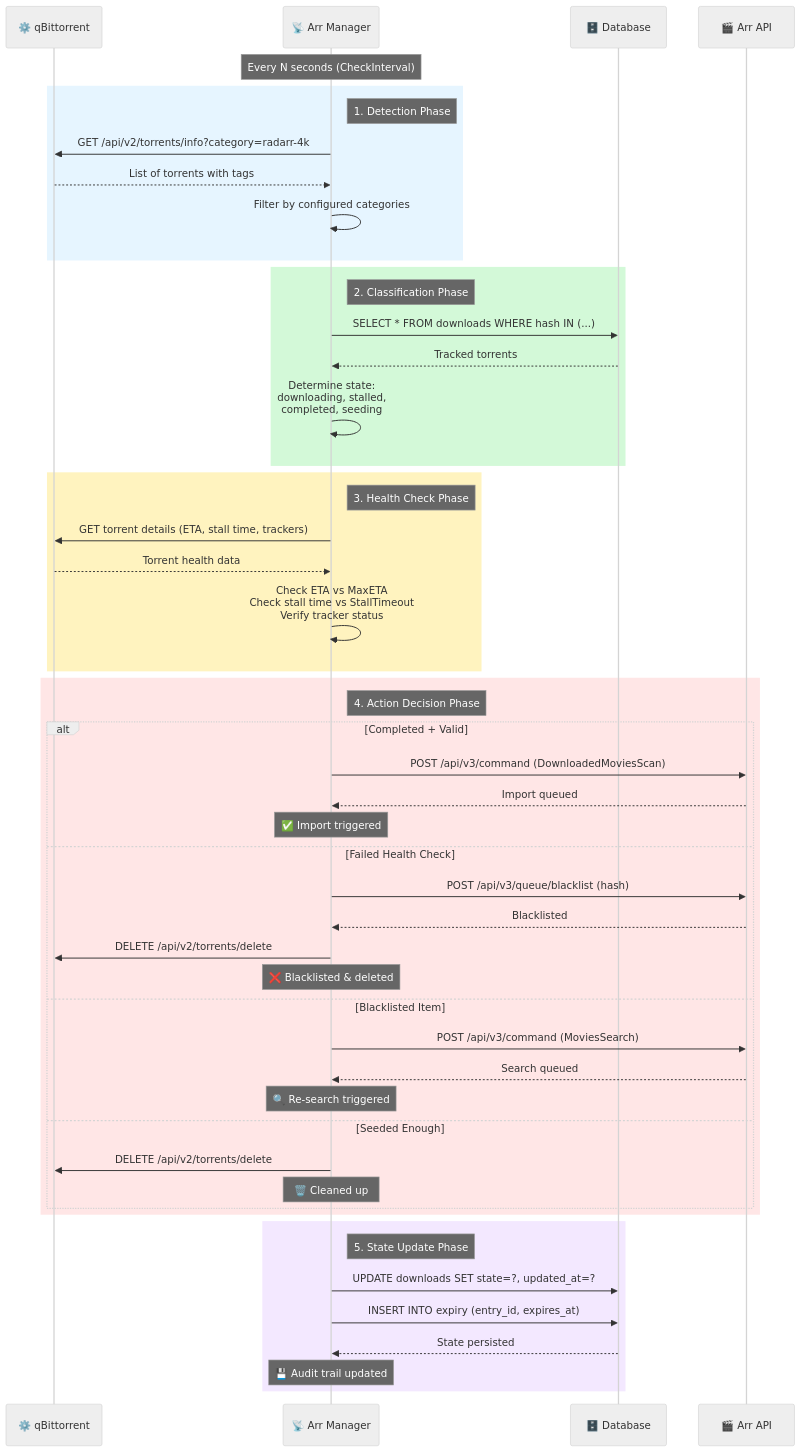
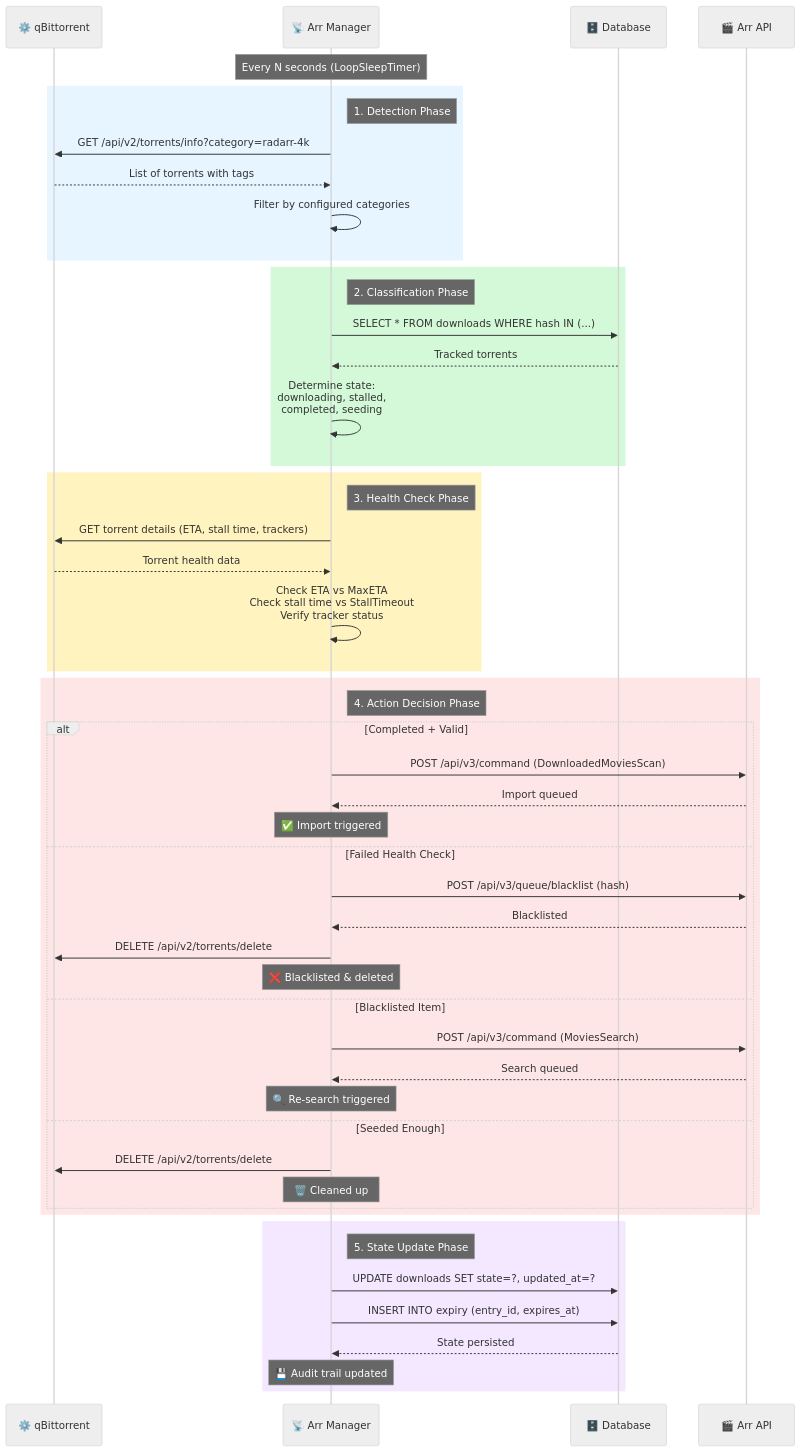
Before and after one commit to Feramance/qBitrr: the second of 6 diagrams in docs/advanced/architecture.md, drawn with Mermaid (neutral theme). The commit also changed other lines of this file and 10 other files, not shown here.

````diff
--- a/docs/advanced/architecture.md
+++ b/docs/advanced/architecture.md
@@ -135,59 +135,59 @@
 ```mermaid
 sequenceDiagram
     participant QBT as ⚙️ qBittorrent
     participant AM as 📡 Arr Manager
     participant DB as 🗄️ Database
     participant ARR as 🎬 Arr API
 
-    Note over AM: Every N seconds (CheckInterval)
+    Note over AM: Every N seconds (LoopSleepTimer)
 
     rect rgb(230, 245, 255)
         Note right of AM: 1. Detection Phase
         AM->>QBT: GET /api/v2/torrents/info?category=radarr-4k
         QBT-->>AM: List of torrents with tags
         AM->>AM: Filter by configured categories
     end
 
     rect rgb(211, 249, 216)
         Note right of AM: 2. Classification Phase
         AM->>DB: SELECT * FROM downloads WHERE hash IN (...)
         DB-->>AM: Tracked torrents
         AM->>AM: Determine state:<br/>downloading, stalled,<br/>completed, seeding
     end
 
     rect rgb(255, 243, 191)
         Note right of AM: 3. Health Check Phase
         AM->>QBT: GET torrent details (ETA, stall time, trackers)
         QBT-->>AM: Torrent health data
         AM->>AM: Check ETA vs MaxETA<br/>Check stall time vs StallTimeout<br/>Verify tracker status
     end
 
     rect rgb(255, 230, 230)
         Note right of AM: 4. Action Decision Phase
         alt Completed + Valid
             AM->>ARR: POST /api/v3/command (DownloadedMoviesScan)
             ARR-->>AM: Import queued
             Note over AM: ✅ Import triggered
         else Failed Health Check
             AM->>ARR: POST /api/v3/queue/blacklist (hash)
             ARR-->>AM: Blacklisted
             AM->>QBT: DELETE /api/v2/torrents/delete
             Note over AM: ❌ Blacklisted & deleted
         else Blacklisted Item
             AM->>ARR: POST /api/v3/command (MoviesSearch)
             ARR-->>AM: Search queued
             Note over AM: 🔍 Re-search triggered
         else Seeded Enough
             AM->>QBT: DELETE /api/v2/torrents/delete
             Note over AM: 🗑️ Cleaned up
         end
     end
 
     rect rgb(243, 232, 255)
         Note right of AM: 5. State Update Phase
         AM->>DB: UPDATE downloads SET state=?, updated_at=?
         AM->>DB: INSERT INTO expiry (entry_id, expires_at)
         DB-->>AM: State persisted
         Note over AM: 💾 Audit trail updated
     end
 ```
````
